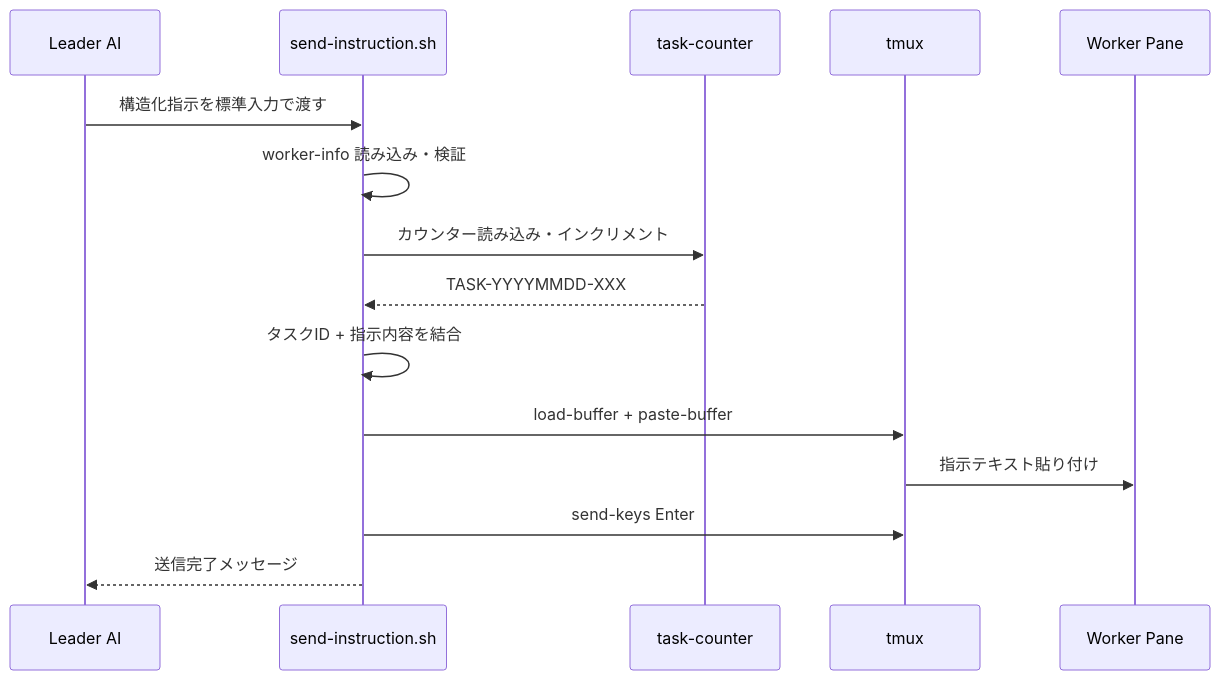
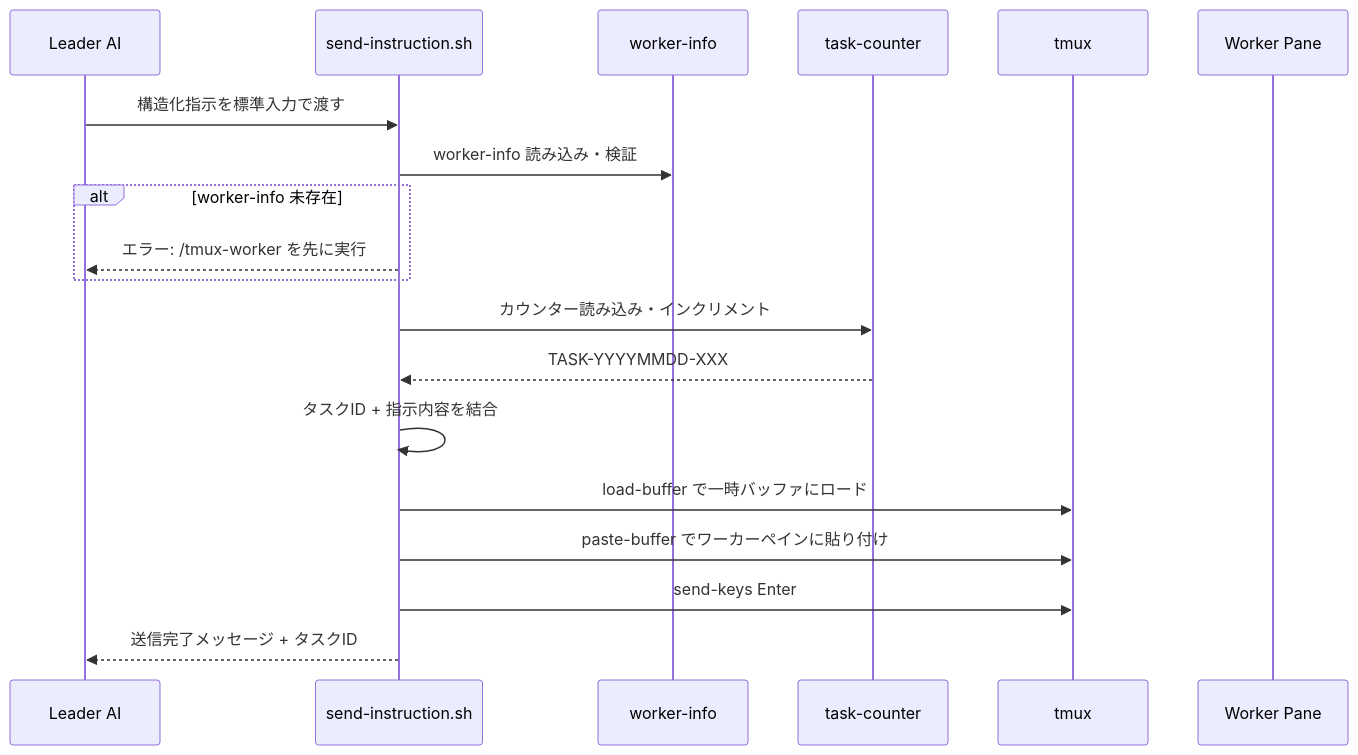
Before and after one commit to IsodaZen/cctmx-teams: the third of 5 diagrams in .kiro/specs/plugin-ification/design.md, drawn with Mermaid. The commit also changed other lines of this file and 2 other files, not shown here.

````diff
--- a/.kiro/specs/plugin-ification/design.md
+++ b/.kiro/specs/plugin-ification/design.md
@@ -120,18 +133,22 @@
 ```mermaid
 sequenceDiagram
     participant L as Leader AI
     participant SS as send-instruction.sh
+    participant WI as worker-info
     participant TC as task-counter
     participant TM as tmux
     participant W as Worker Pane
 
     L->>SS: 構造化指示を標準入力で渡す
-    SS->>SS: worker-info 読み込み・検証
+    SS->>WI: worker-info 読み込み・検証
+    alt worker-info 未存在
+        SS-->>L: エラー: /tmux-worker を先に実行
+    end
     SS->>TC: カウンター読み込み・インクリメント
     TC-->>SS: TASK-YYYYMMDD-XXX
     SS->>SS: タスクID + 指示内容を結合
-    SS->>TM: load-buffer + paste-buffer
-    TM->>W: 指示テキスト貼り付け
+    SS->>TM: load-buffer で一時バッファにロード
+    SS->>TM: paste-buffer でワーカーペインに貼り付け
     SS->>TM: send-keys Enter
-    SS-->>L: 送信完了メッセージ
+    SS-->>L: 送信完了メッセージ + タスクID
 ```
````
